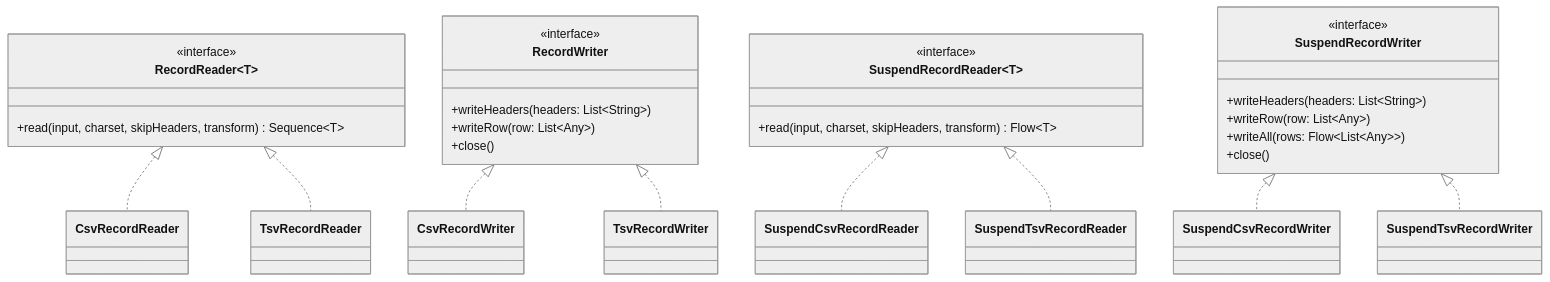
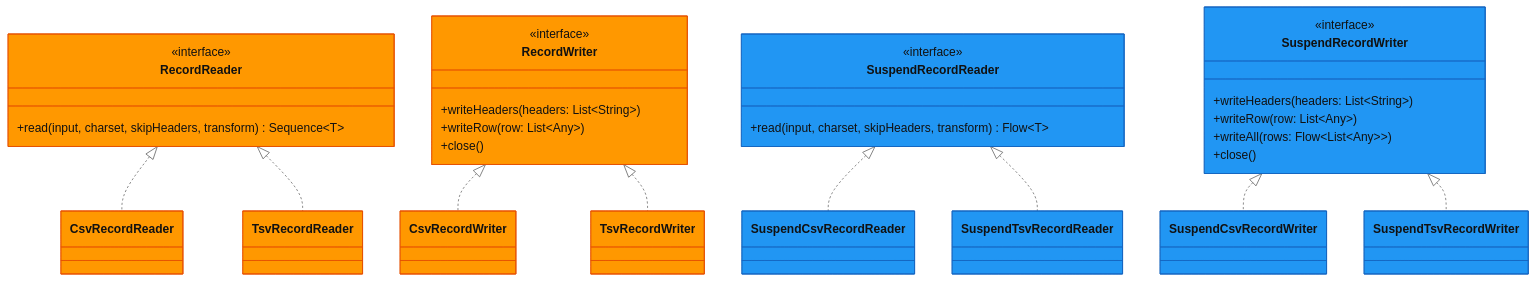
Before and after one commit to bluetape4k/bluetape4k-projects: the first of 2 diagrams in io/csv/README.md, drawn with Mermaid (neutral theme). The commit also changed 74 other files, not shown here.

First line of the commit message:
docs: bluetape4k/core/coroutines/logging, io/feign~vertx README 색상 Mermaid UML 추가

````diff
--- a/io/csv/README.md
+++ b/io/csv/README.md
@@ -155,45 +155,48 @@
 ```mermaid
 classDiagram
-    class RecordReader~T~ {
+    class RecordReader:::codecStyle {
         <<interface>>
         +read(input, charset, skipHeaders, transform) Sequence~T~
     }
 
-    class RecordWriter {
+    class RecordWriter:::codecStyle {
         <<interface>>
         +writeHeaders(headers: List~String~)
         +writeRow(row: List~Any~)
         +close()
     }
 
-    class SuspendRecordReader~T~ {
+    class SuspendRecordReader:::clientStyle {
         <<interface>>
         +read(input, charset, skipHeaders, transform) Flow~T~
     }
 
-    class SuspendRecordWriter {
+    class SuspendRecordWriter:::clientStyle {
         <<interface>>
         +writeHeaders(headers: List~String~)
         +writeRow(row: List~Any~)
         +writeAll(rows: Flow~List~Any~~)
         +close()
     }
 
-    class CsvRecordReader
-    class TsvRecordReader
-    class CsvRecordWriter
-    class TsvRecordWriter
-    class SuspendCsvRecordReader
-    class SuspendTsvRecordReader
-    class SuspendCsvRecordWriter
-    class SuspendTsvRecordWriter
+    class CsvRecordReader:::codecStyle
+    class TsvRecordReader:::codecStyle
+    class CsvRecordWriter:::codecStyle
+    class TsvRecordWriter:::codecStyle
+    class SuspendCsvRecordReader:::clientStyle
+    class SuspendTsvRecordReader:::clientStyle
+    class SuspendCsvRecordWriter:::clientStyle
+    class SuspendTsvRecordWriter:::clientStyle
 
     RecordReader <|.. CsvRecordReader
     RecordReader <|.. TsvRecordReader
     RecordWriter <|.. CsvRecordWriter
     RecordWriter <|.. TsvRecordWriter
     SuspendRecordReader <|.. SuspendCsvRecordReader
     SuspendRecordReader <|.. SuspendTsvRecordReader
     SuspendRecordWriter <|.. SuspendCsvRecordWriter
     SuspendRecordWriter <|.. SuspendTsvRecordWriter
+
+    classDef clientStyle fill:#2196F3,stroke:#1565C0
+    classDef codecStyle  fill:#FF9800,stroke:#E65100
 ```
````
